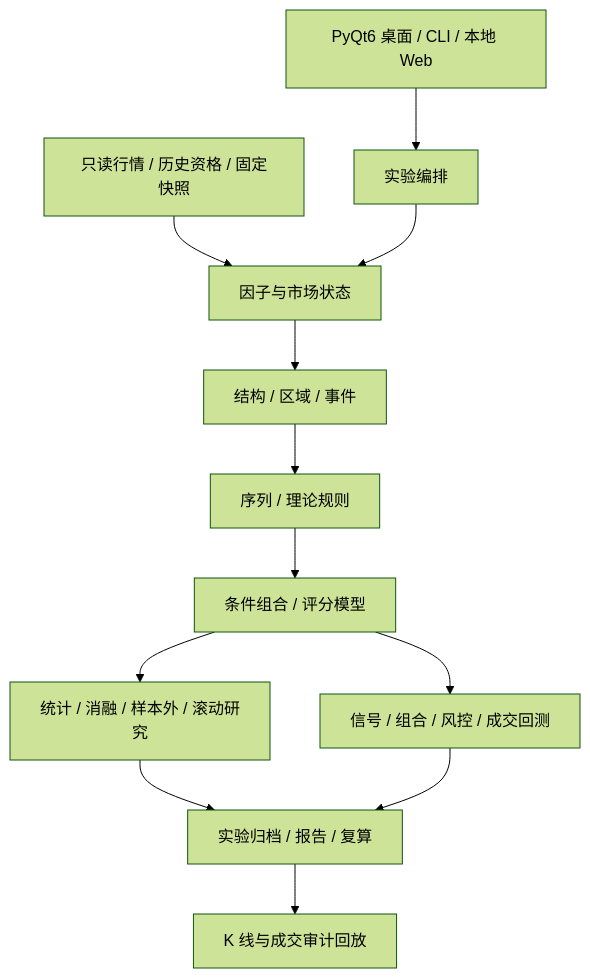
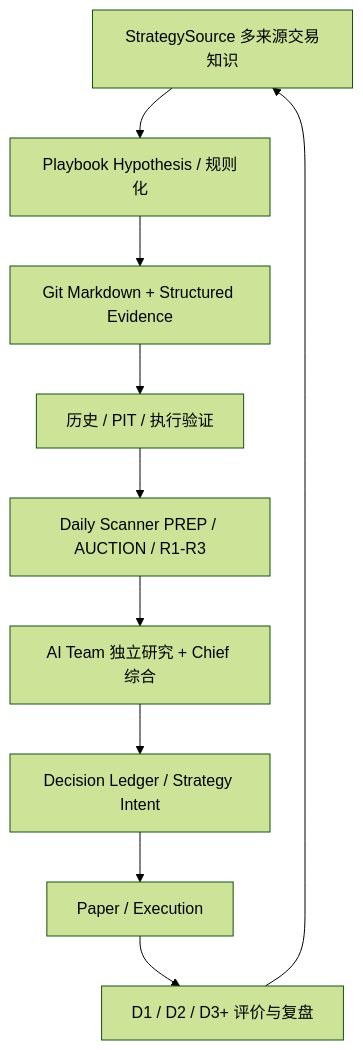
Before and after one commit to anyuzhe/niuniu: the diagram in README.md, drawn with Mermaid (forest theme). The commit also changed other lines of this file and 7 other files, not shown here.

````diff
--- a/README.md
+++ b/README.md
@@ -64,14 +111,12 @@
 ```mermaid
 flowchart TD
-    UI[PyQt6 桌面 / CLI / 本地 Web] --> APP[实验编排]
-    DATA[只读行情 / 历史资格 / 固定快照] --> FACTOR[因子与市场状态]
-    FACTOR --> OBJECTS[结构 / 区域 / 事件]
-    OBJECTS --> SEQUENCE[序列 / 理论规则]
-    SEQUENCE --> MODEL[条件组合 / 评分模型]
-    APP --> FACTOR
-    MODEL --> RESEARCH[统计 / 消融 / 样本外 / 滚动研究]
-    MODEL --> EXEC[信号 / 组合 / 风控 / 成交回测]
-    RESEARCH --> STORE[实验归档 / 报告 / 复算]
-    EXEC --> STORE
-    STORE --> REPLAY[K 线与成交审计回放]
+    SOURCE[StrategySource 多来源交易知识] --> PB[Playbook Hypothesis / 规则化]
+    PB --> MEMORY[Git Markdown + Structured Evidence]
+    MEMORY --> VERIFY[历史 / PIT / 执行验证]
+    VERIFY --> SCAN[Daily Scanner PREP / AUCTION / R1-R3]
+    SCAN --> TEAM[AI Team 独立研究 + Chief 综合]
+    TEAM --> DECISION[Decision Ledger / Strategy Intent]
+    DECISION --> EXEC[Paper / Execution]
+    EXEC --> REVIEW[D1 / D2 / D3+ 评价与复盘]
+    REVIEW --> SOURCE
 ```
````
